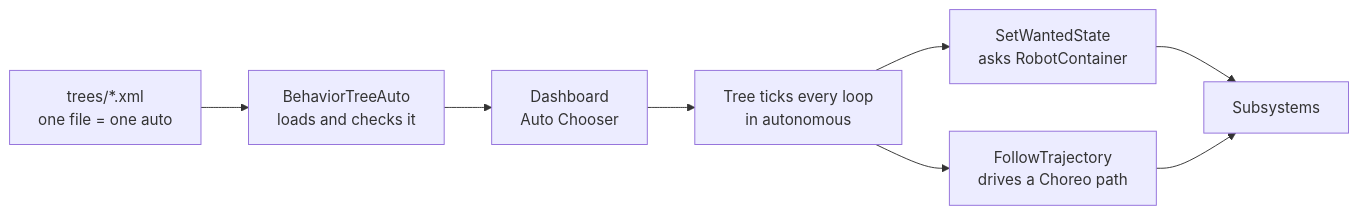
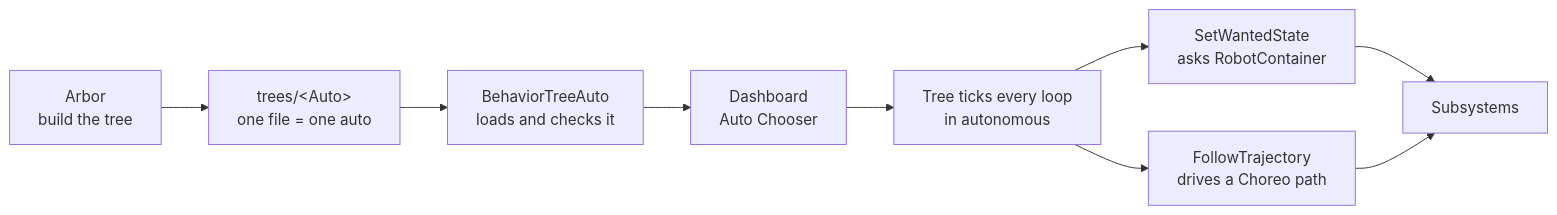
Before and after one commit to FRC-Team-4143/FRC-Team-4143.github.io: the diagram in docs/software/robot_dev/autonomous.mdx, drawn with Mermaid. The commit also changed other lines of this file and 5 other files, not shown here.

First line of the commit message:
Autos docs: build trees in Arbor, not hand-written XML

````diff
--- a/docs/software/robot_dev/autonomous.mdx
+++ b/docs/software/robot_dev/autonomous.mdx
@@ -21,10 +22,11 @@
 ```mermaid
 flowchart LR
-    F["trees/*.xml<br/>one file = one auto"] --> L["BehaviorTreeAuto<br/>loads and checks it"]
+    A["Arbor<br/>build the tree"] --> F["trees/&lt;Auto&gt;<br/>one file = one auto"]
+    F --> L["BehaviorTreeAuto<br/>loads and checks it"]
     L --> C["Dashboard<br/>Auto Chooser"]
     C --> T["Tree ticks every loop<br/>in autonomous"]
     T --> S["SetWantedState<br/>asks RobotContainer"]
     T --> P["FollowTrajectory<br/>drives a Choreo path"]
     S --> R["Subsystems"]
     P --> R
 ```
````
